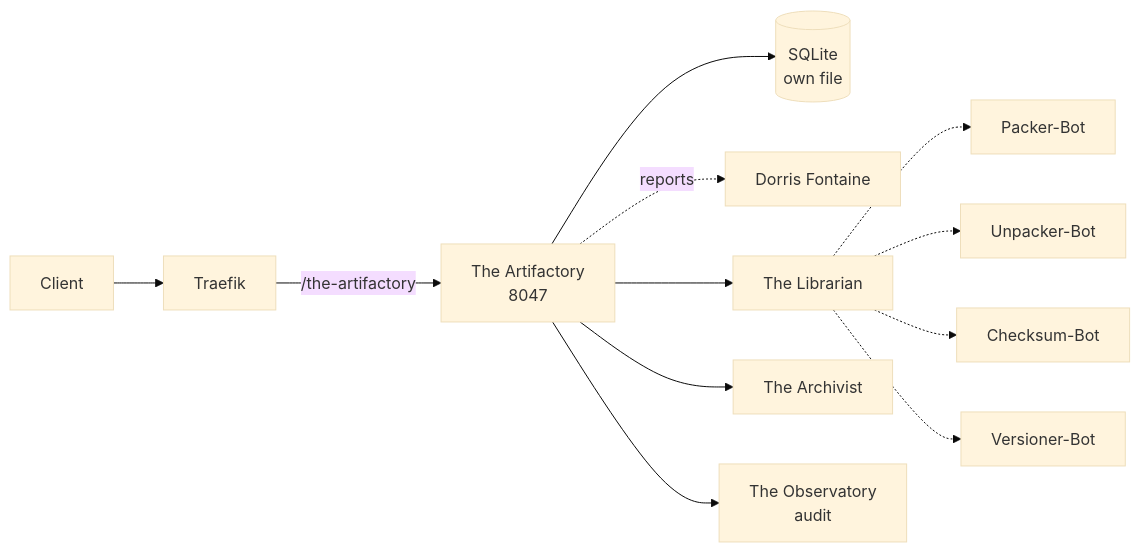
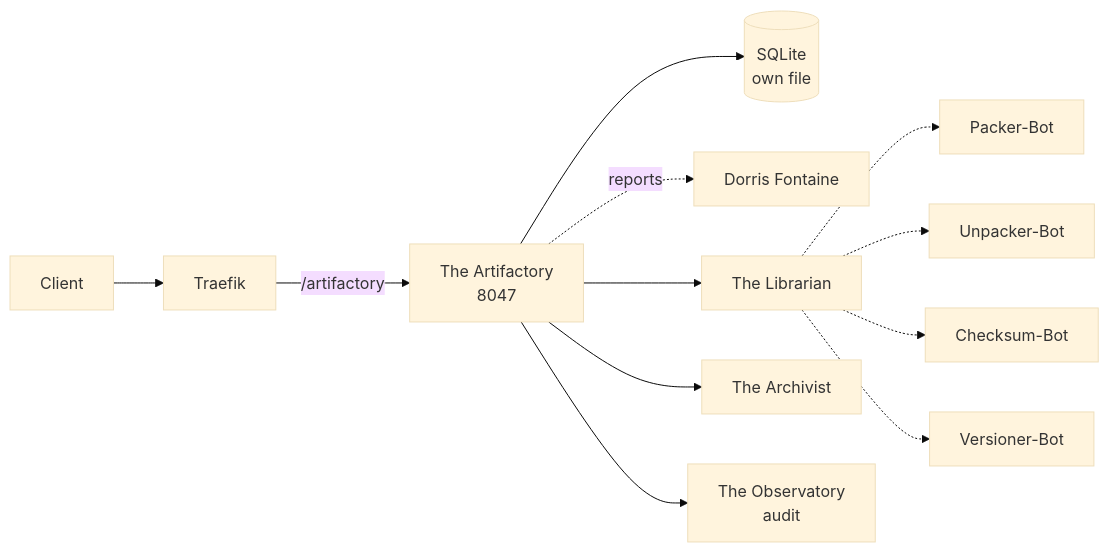
Before and after one commit to Trancendos/Tranc3: the diagram in docs/solution-packs/the-artifactory.md, drawn with Mermaid (base theme). The commit also changed other lines of this file and 64 other files, not shown here.

````diff
--- a/docs/solution-packs/the-artifactory.md
+++ b/docs/solution-packs/the-artifactory.md
@@ -73,14 +73,14 @@
 ```mermaid
 flowchart LR
     C[Client] --> T[Traefik]
-    T -->|/the-artifactory| S[The Artifactory<br/>8047]
+    T -->|/artifactory| S[The Artifactory<br/>8047]
     S --> DB[(SQLite<br/>own file)]
     S -.reports.-> P[Dorris Fontaine]
     S --> AA[The Librarian]
     S --> AB[The Archivist]
     AA -.-> PackerBot[Packer-Bot]
     AA -.-> UnpackerBot[Unpacker-Bot]
     AA -.-> ChecksumBot[Checksum-Bot]
     AA -.-> VersionerBot[Versioner-Bot]
     S --> OBS[The Observatory<br/>audit]
 ```
````
